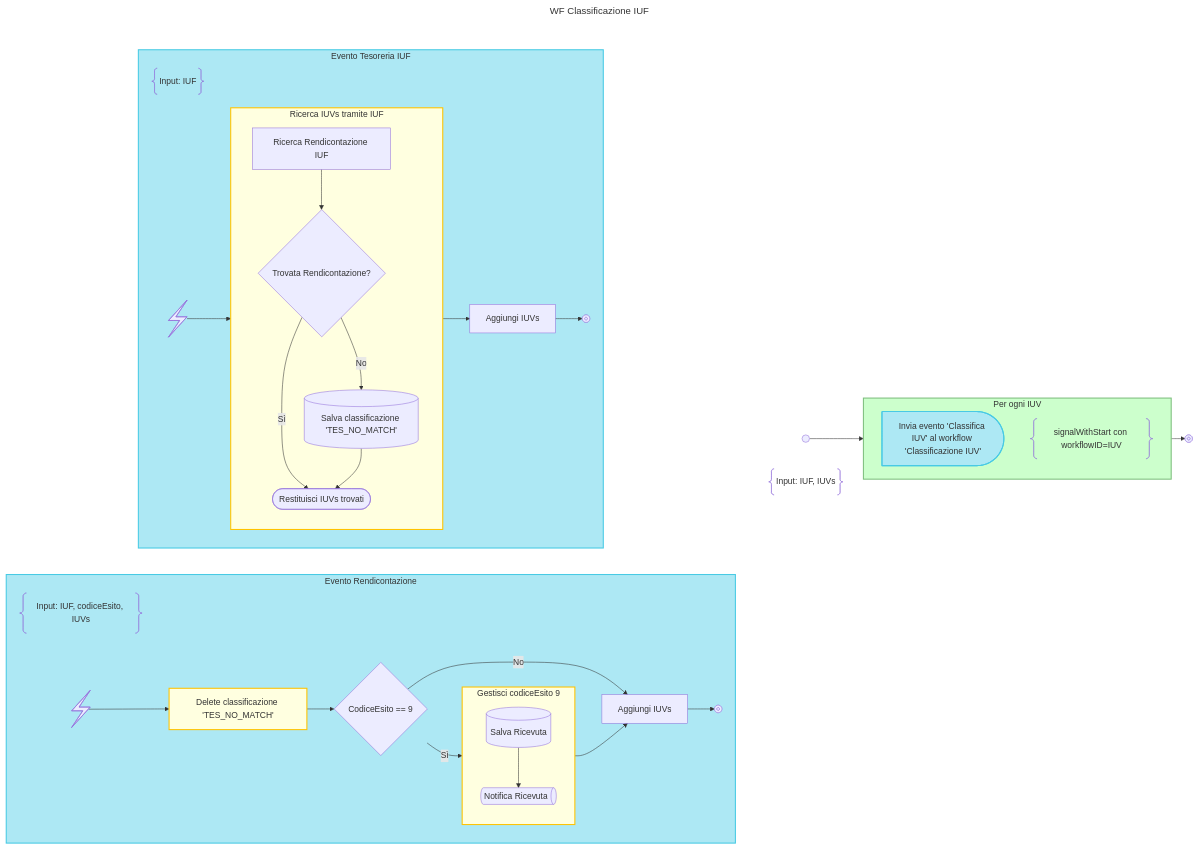
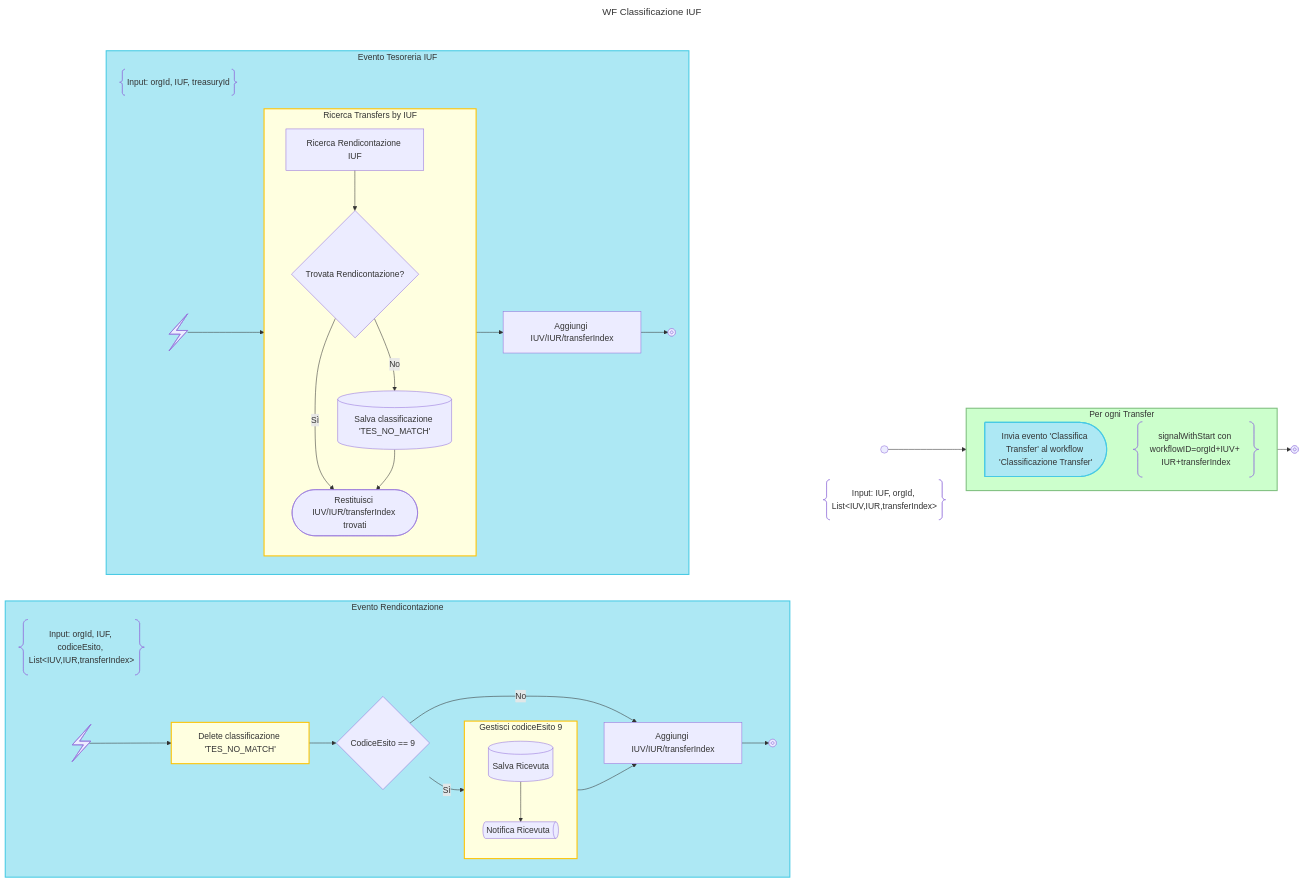
One commit to pagopa/p4pa-doc changed the diagram in design/workflow/classificazioneIncassi/06.classificazioneIuf.mmd. Above: the diagram before and after it, drawn with Mermaid. The commit also changed 20 other files, not shown here.

Commit message:
fix classification sequencing by orgId+IUV+IUR+transferIndex

```diff
--- a/design/workflow/classificazioneIncassi/06.classificazioneIuf.mmd
+++ b/design/workflow/classificazioneIncassi/06.classificazioneIuf.mmd
@@ -1,89 +1,89 @@
 ---
 title: WF Classificazione IUF
 config:
     flowchart:
         rankSpacing: 1
 ---
 flowchart TD
     subgraph WF_BLOCK
         subgraph NOTE_START_BLOCK
-            DESCRIPTION@{ shape: braces, label: "Input: IUF, IUVs" }
+            DESCRIPTION@{ shape: braces, label: "Input: IUF, orgId, List&lt;IUV,IUR,transferIndex&gt;" }
             START@{shape: start}
         end
         class NOTE_START_BLOCK hidden
 
         START --> LOOP_IUVs
 
-        subgraph LOOP_IUVs["Per ogni IUV"]
+        subgraph LOOP_IUVs["Per ogni Transfer"]
         direction TB
 
-        SIGNAL_IUV:::send-signal@{shape: delay, label: "Invia evento 'Classifica IUV' al workflow 'Classificazione IUV'"}
-        NOTE_SIGNAL_IUV@{ shape: braces, label: "signalWithStart con workflowID=IUV" }
+        SIGNAL_IUV:::send-signal@{shape: delay, label: "Invia evento 'Classifica Transfer' al workflow 'Classificazione Transfer'"}
+        NOTE_SIGNAL_IUV@{ shape: braces, label: "signalWithStart con workflowID=orgId+IUV+ IUR+transferIndex" }
         end
 
         LOOP_IUVs --> END@{shape: stop}
         class LOOP_IUVs loop
     end
     class WF_BLOCK hidden
 
     subgraph SIGNALS_BLOCK
     direction LR
 
         subgraph SIGNAL_RENDICONTAZIONE_BLOCK["Evento Rendicontazione"]
         direction LR
-            DESCRIPTION_SIGNAL_RENDICONTAZIONE@{ shape: braces, label: "Input: IUF, codiceEsito, IUVs" } -->
+            DESCRIPTION_SIGNAL_RENDICONTAZIONE@{ shape: braces, label: "Input: orgId, IUF, codiceEsito, List&lt;IUV,IUR,transferIndex&gt;" } -->
             DUMMY1:::hidden --> DUMMY2:::hidden --> DUMMY3:::hidden --> DUMMY4:::hidden --> DUMMY5:::hidden
             linkStyle 2,3,4,5,6 display:none
 
             SIGNAL_RENDICONTAZIONE@{ shape: bolt } -->
             DELETE_CLASSIFY_NULL_IUV:::activity@{label: "Delete classificazione 'TES_NO_MATCH'"} -->
             IS_CODICEESITO9{"CodiceEsito == 9"} --> |Sì|HANDLE_CODICEESITO9
             subgraph HANDLE_CODICEESITO9["Gestisci codiceEsito 9"]
                 SAVE_RT@{shape: database, label: "Salva Ricevuta"} -->
                 SEND_RT_MSG@{shape: das, label: "Notifica Ricevuta"}
             end
             class HANDLE_CODICEESITO9 activity
 
             IS_CODICEESITO9 --> |No|ADD_RENDICONTAZIONE_IUVS
 
             HANDLE_CODICEESITO9 -->
-            ADD_RENDICONTAZIONE_IUVS["Aggiungi IUVs "] -->
+            ADD_RENDICONTAZIONE_IUVS["Aggiungi IUV/IUR/transferIndex "] -->
             SIGNAL_RENDICONTAZIONE_END@{ shape: "stop" }
         end
         class SIGNAL_RENDICONTAZIONE_BLOCK signal_block
 
         subgraph SIGNAL_TESORERIA_BLOCK["Evento Tesoreria IUF"]
         direction LR
-            DESCRIPTION_SIGNAL_TESORERIA@{ shape: braces, label: "Input: IUF" } -->
+            DESCRIPTION_SIGNAL_TESORERIA@{ shape: braces, label: "Input: orgId, IUF, treasuryId" } -->
             DUMMY6:::hidden --> DUMMY7:::hidden --> DUMMY8:::hidden
             linkStyle 14,15,16 display:none
 
             SIGNAL_TESORERIA@{ shape: bolt } --> FIND_TESORERIA_IUVS_ACTIVITY
 
-            subgraph FIND_TESORERIA_IUVS_ACTIVITY["Ricerca IUVs tramite IUF"]
+            subgraph FIND_TESORERIA_IUVS_ACTIVITY["Ricerca Transfers by IUF"]
 
                 FIND_TESORERIA_IUVS["Ricerca Rendicontazione IUF"] -->
                 EXISTS_RENDICONTAZIONE_TES{"Trovata Rendicontazione?"}
 
-                EXISTS_RENDICONTAZIONE_TES -->|Sì|RETURN_TESORERIA_IUVS@{shape: terminal, label: "Restituisci IUVs trovati"}
+                EXISTS_RENDICONTAZIONE_TES -->|Sì|RETURN_TESORERIA_IUVS@{shape: terminal, label: "Restituisci IUV/IUR/transferIndex trovati"}
 
                 EXISTS_RENDICONTAZIONE_TES -->
                 |No|SAVE_TES_ANOMALY@{shape: database, label: "Salva classificazione 'TES_NO_MATCH'"} -->
                 RETURN_TESORERIA_IUVS
             end
             class FIND_TESORERIA_IUVS_ACTIVITY activity
 
             FIND_TESORERIA_IUVS_ACTIVITY -->
-            ADD_TESORERIA_IUVS["Aggiungi IUVs "] -->
+            ADD_TESORERIA_IUVS["Aggiungi IUV/IUR/transferIndex "] -->
             SIGNAL_TESORERIA_END@{ shape: "stop" }
         end
         class SIGNAL_TESORERIA_BLOCK signal_block
     end
     class SIGNALS_BLOCK hidden
 
     classDef note_block display:none;
     classDef hidden display:none;
     classDef activity fill:#FFFFE0, stroke:#ffc300, stroke-width:2px;
     classDef loop fill:#CCFFCC, stroke:#7FBF7F, stroke-width:2px, padding-bottom: 5px;
     classDef signal_block fill:#ade8f4, stroke:#48cae4, stroke-width:2px
     classDef send-signal fill:#ade8f4, stroke:#48cae4, stroke-width:2px
```
